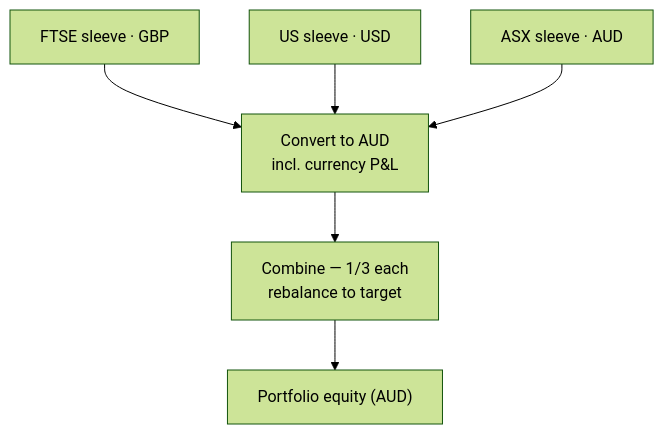
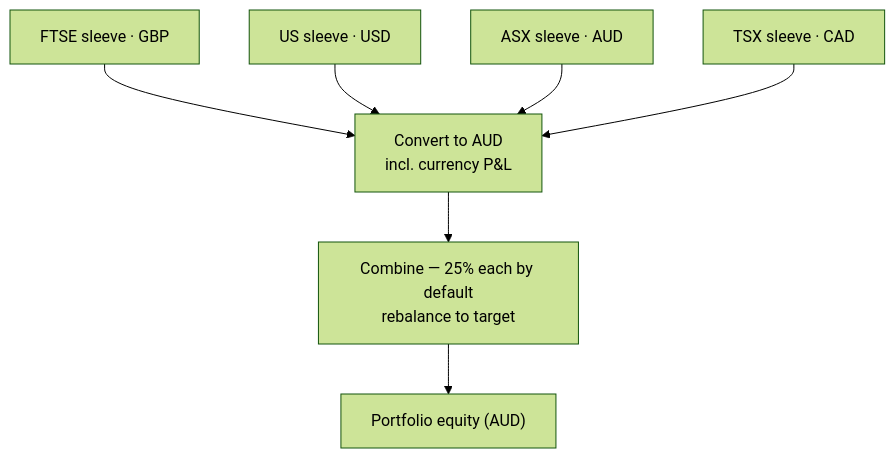
The third of 3 diagrams in docs/HOW_IT_WORKS.md (mattfanning90-sudo/Trading-Algo), drawn with Mermaid (forest theme) before and after one commit. The commit also changed other lines of this file and 17 other files, not shown here.

````diff
--- a/docs/HOW_IT_WORKS.md
+++ b/docs/HOW_IT_WORKS.md
@@ -199,8 +199,9 @@
 ```mermaid
 flowchart TD
     S1["FTSE sleeve · GBP"] --> FX["Convert to AUD<br/>incl. currency P&amp;L"]
     S2["US sleeve · USD"] --> FX
     S3["ASX sleeve · AUD"] --> FX
-    FX --> P["Combine — 1/3 each<br/>rebalance to target"]
+    S4["TSX sleeve · CAD"] --> FX
+    FX --> P["Combine — 25% each by default<br/>rebalance to target"]
     P --> EQ["Portfolio equity (AUD)"]
 ```
````
